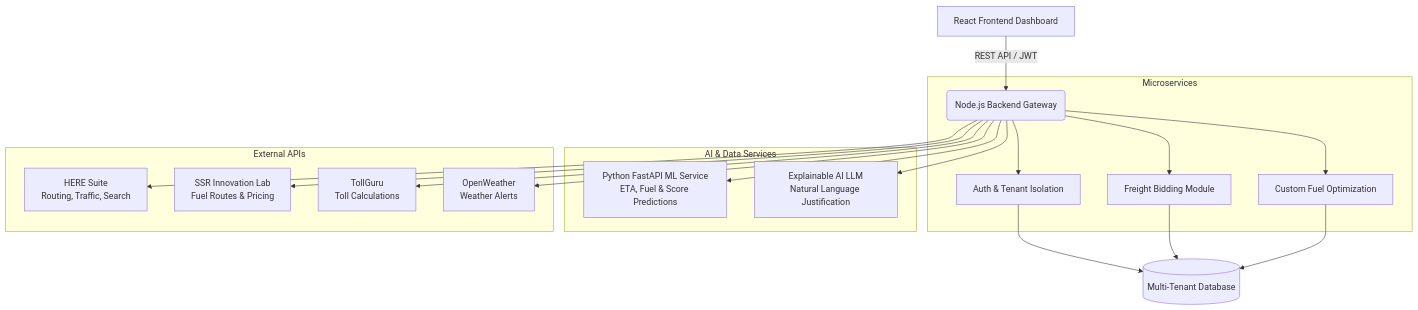
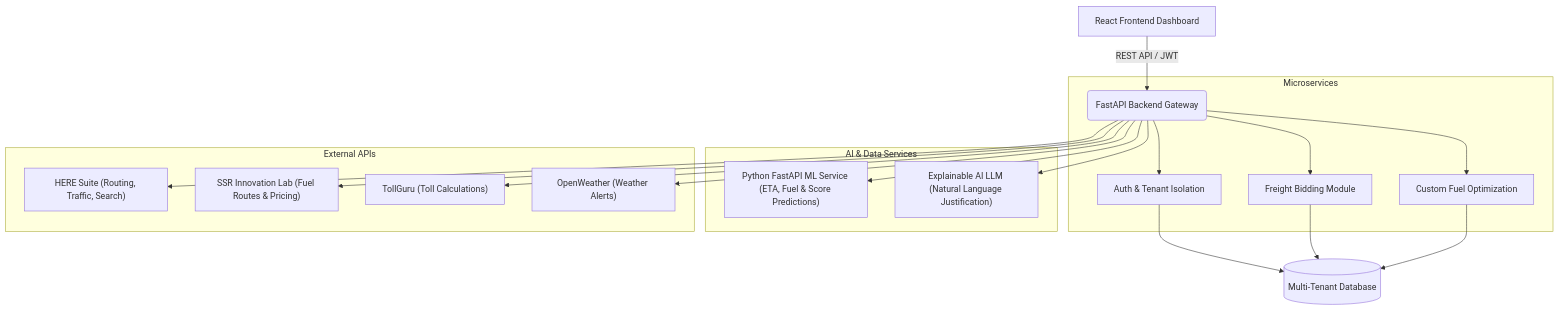
The first of 2 diagrams in README.md (Arun-Saini05/FleetPilot-AI---Smart-fleet-navigation-and-optimization.), drawn with Mermaid before and after one commit. The commit also changed other lines of this file, not shown here.

Commit message:
docs: update backend specs to FastAPI and fix Mermaid syntax errors in README

````diff
--- a/README.md
+++ b/README.md
@@ -29,37 +29,37 @@
 ```mermaid
 graph TD
-    Client[React Frontend Dashboard] -->|REST API / JWT| Gateway(Node.js Backend Gateway)
+    Client[React Frontend Dashboard] -->|REST API / JWT| Gateway("FastAPI Backend Gateway")
     
     subgraph Microservices
-        Auth[Auth & Tenant Isolation]
-        Bidding[Freight Bidding Module]
-        Fuel[Custom Fuel Optimization]
+        Auth["Auth & Tenant Isolation"]
+        Bidding["Freight Bidding Module"]
+        Fuel["Custom Fuel Optimization"]
         Gateway --> Auth
         Gateway --> Bidding
         Gateway --> Fuel
     end
 
-    subgraph AI & Data Services
-        ML[Python FastAPI ML Service<br/>ETA, Fuel & Score Predictions]
-        LLM[Explainable AI LLM<br/>Natural Language Justification]
+    subgraph "AI & Data Services"
+        ML["Python FastAPI ML Service (ETA, Fuel & Score Predictions)"]
+        LLM["Explainable AI LLM (Natural Language Justification)"]
         Gateway --> ML
         Gateway --> LLM
     end
 
     subgraph External APIs
-        HERE[HERE Suite<br/>Routing, Traffic, Search]
-        SSR[SSR Innovation Lab<br/>Fuel Routes & Pricing]
-        Toll[TollGuru<br/>Toll Calculations]
-        Weather[OpenWeather<br/>Weather Alerts]
+        HERE["HERE Suite (Routing, Traffic, Search)"]
+        SSR["SSR Innovation Lab (Fuel Routes & Pricing)"]
+        Toll["TollGuru (Toll Calculations)"]
+        Weather["OpenWeather (Weather Alerts)"]
         
         Gateway --> HERE
         Gateway --> SSR
         Gateway --> Toll
         Gateway --> Weather
     end
     
     DB[(Multi-Tenant Database)]
     Auth --> DB
     Bidding --> DB
     Fuel --> DB
 ```
````
